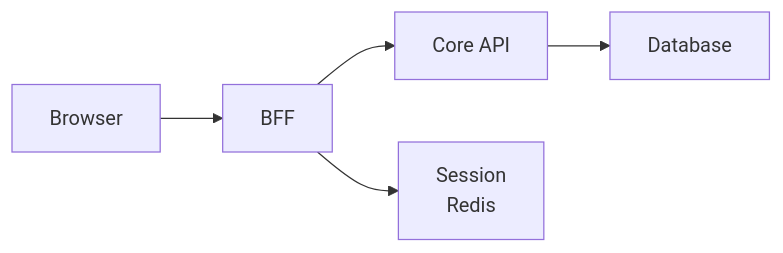
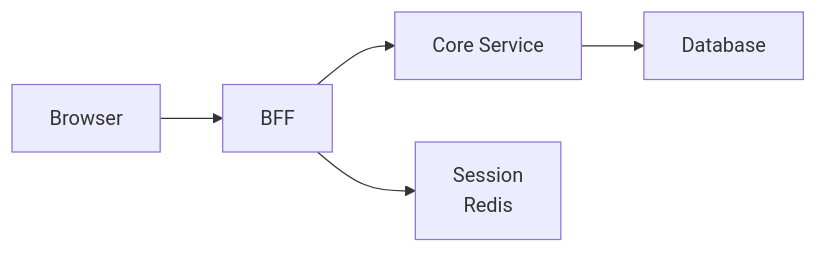
One commit to ka2kama/ringiflow changed the second of 5 diagrams in docs/02_基本設計書/00_アーキテクチャ概要.md. Above: the diagram before and after it, drawn with Mermaid. The commit also changed other lines of this file and 55 other files, not shown here.

````diff
--- a/docs/02_基本設計書/00_アーキテクチャ概要.md
+++ b/docs/02_基本設計書/00_アーキテクチャ概要.md
@@ -71,7 +71,7 @@
 ```mermaid
 flowchart LR
     Browser["Browser"] --> BFF["BFF"]
-    BFF --> CoreAPI["Core API"]
-    CoreAPI --> Database["Database"]
+    BFF --> CoreService["Core Service"]
+    CoreService --> Database["Database"]
     BFF --> Session["Session\nRedis"]
 ```
````
